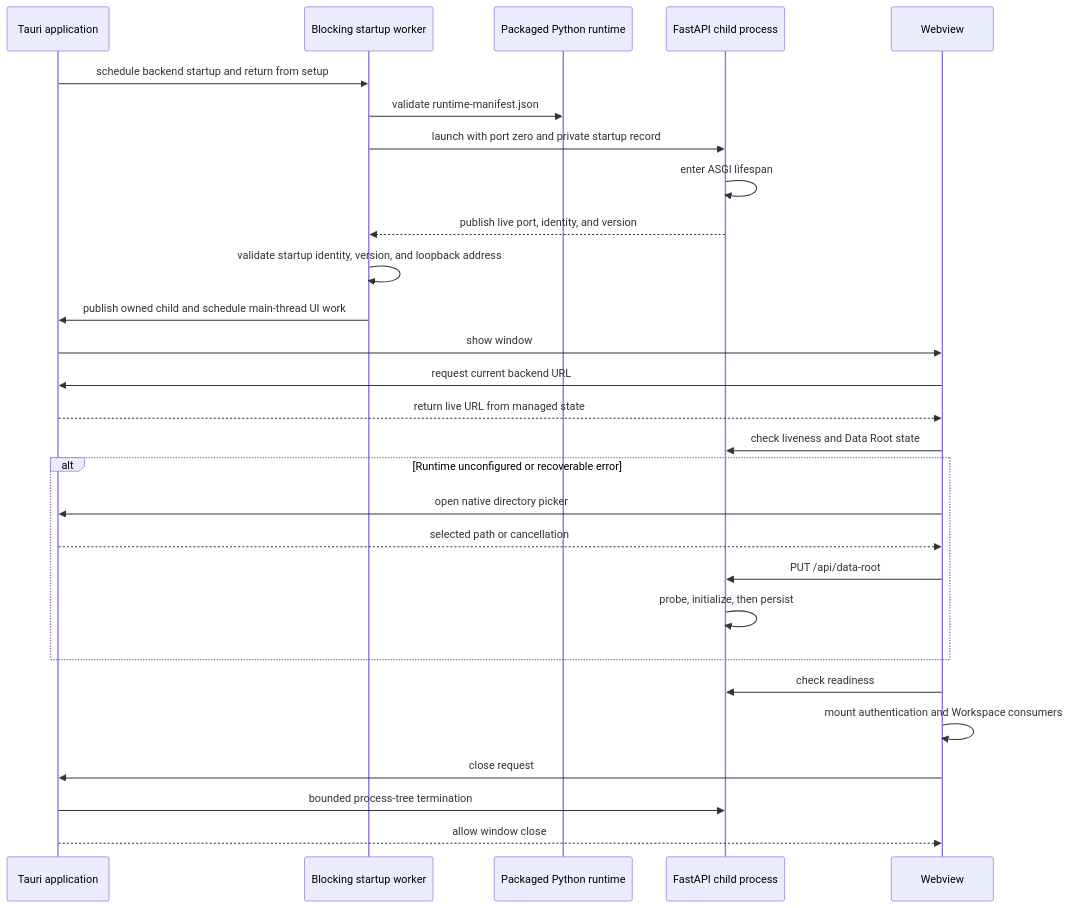
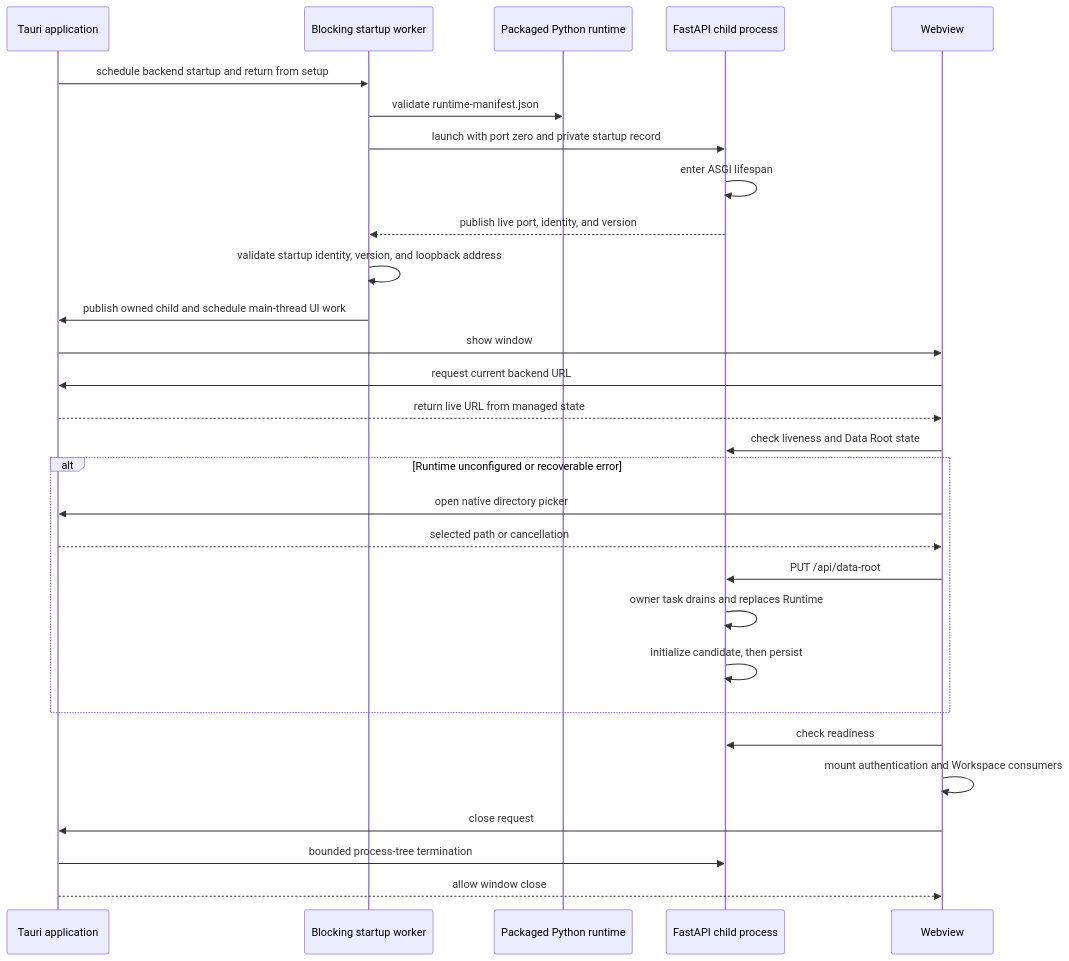
Before and after one commit to Australian-Text-Analytics-Platform/ldaca_web_app: the first of 2 diagrams in docs/architecture/frontend/desktop.md, drawn with Mermaid. The commit also changed other lines of this file and 11 other files, not shown here.

````diff
--- a/docs/architecture/frontend/desktop.md
+++ b/docs/architecture/frontend/desktop.md
@@ -32,31 +32,32 @@
 ```mermaid
 sequenceDiagram
     participant App as Tauri application
     participant Worker as Blocking startup worker
     participant Runtime as Packaged Python runtime
     participant Backend as FastAPI child process
     participant Webview
 
     App->>Worker: schedule backend startup and return from setup
     Worker->>Runtime: validate runtime-manifest.json
     Worker->>Backend: launch with port zero and private startup record
     Backend->>Backend: enter ASGI lifespan
     Backend-->>Worker: publish live port, identity, and version
     Worker->>Worker: validate startup identity, version, and loopback address
     Worker->>App: publish owned child and schedule main-thread UI work
     App->>Webview: show window
     Webview->>App: request current backend URL
     App-->>Webview: return live URL from managed state
     Webview->>Backend: check liveness and Data Root state
     alt Runtime unconfigured or recoverable error
     Webview->>App: open native directory picker
     App-->>Webview: selected path or cancellation
     Webview->>Backend: PUT /api/data-root
-    Backend->>Backend: probe, initialize, then persist
+    Backend->>Backend: owner task drains and replaces Runtime
+    Backend->>Backend: initialize candidate, then persist
     end
     Webview->>Backend: check readiness
     Webview->>Webview: mount authentication and Workspace consumers
     Webview->>App: close request
     App->>Backend: bounded process-tree termination
     App-->>Webview: allow window close
 ```
````
